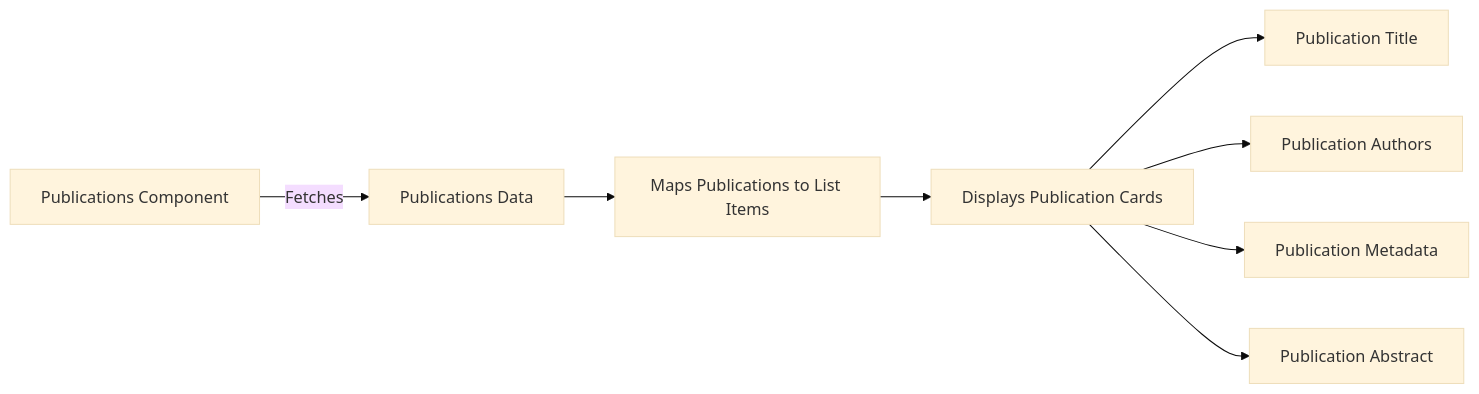
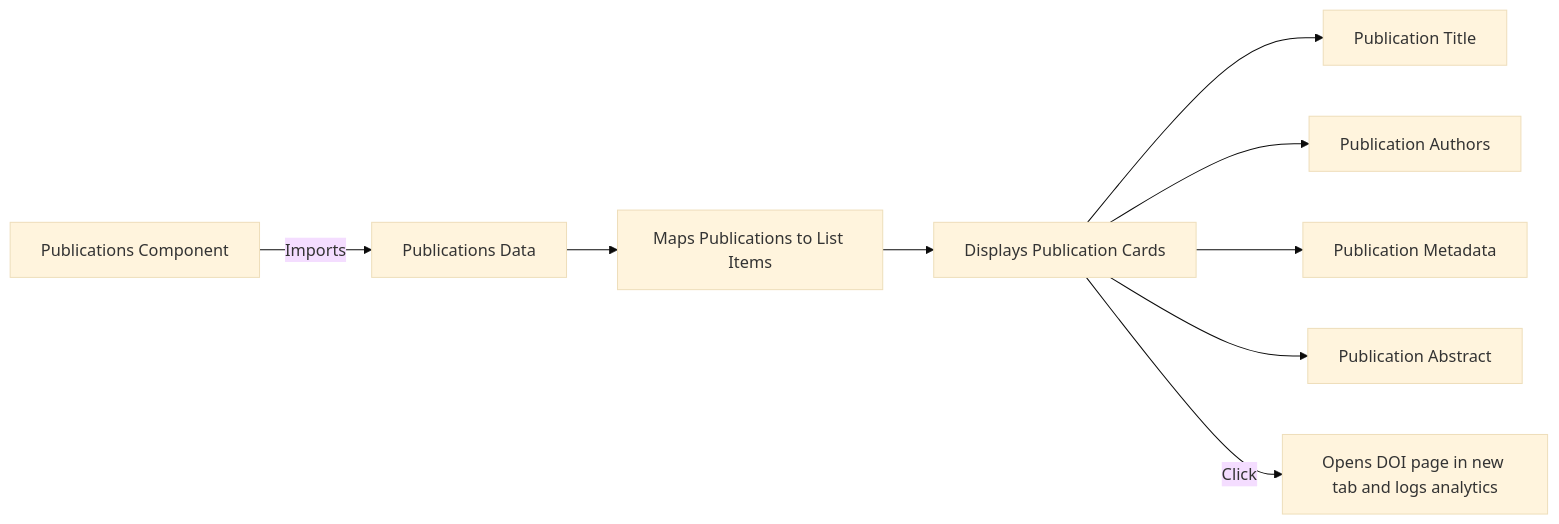
Before and after one commit to AlexJSully/AlexJSully-Portfolio: the diagram in docs/architecture/components/publications.md, drawn with Mermaid (base theme). The commit also changed other lines of this file and 42 other files, not shown here.

````diff
--- a/docs/architecture/components/publications.md
+++ b/docs/architecture/components/publications.md
@@ -19,12 +20,13 @@
 ```mermaid
 flowchart LR
     accTitle: Publications List Data Flow
-    accDescr: Publications component fetches publication data, maps to list items, displays publication cards with title, authors, metadata, and abstract
-    A[Publications Component] -->|Fetches| B[Publications Data]
+    accDescr: Publications component imports static publication data, maps to list items, and displays each publication as a card showing title, authors, metadata, and abstract. Each card is a link that opens the publication's DOI page in a new tab and logs an analytics event on click
+    A[Publications Component] -->|Imports| B[Publications Data]
     B --> C[Maps Publications to List Items]
     C --> D[Displays Publication Cards]
     D --> E[Publication Title]
     D --> F[Publication Authors]
     D --> G[Publication Metadata]
     D --> H[Publication Abstract]
+    D -->|Click| I[Opens DOI page in new tab and logs analytics]
 ```
````
